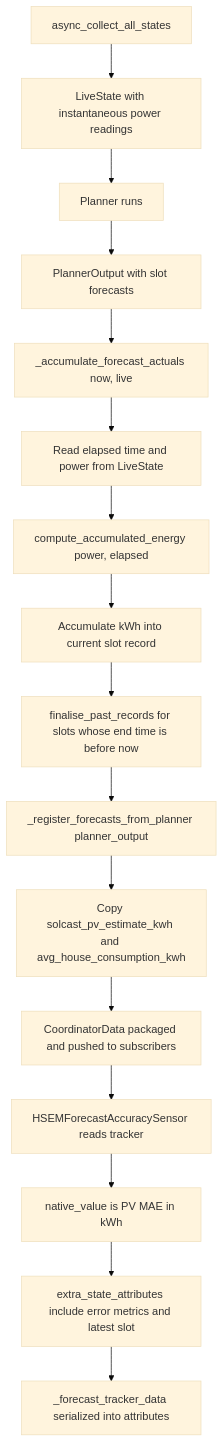
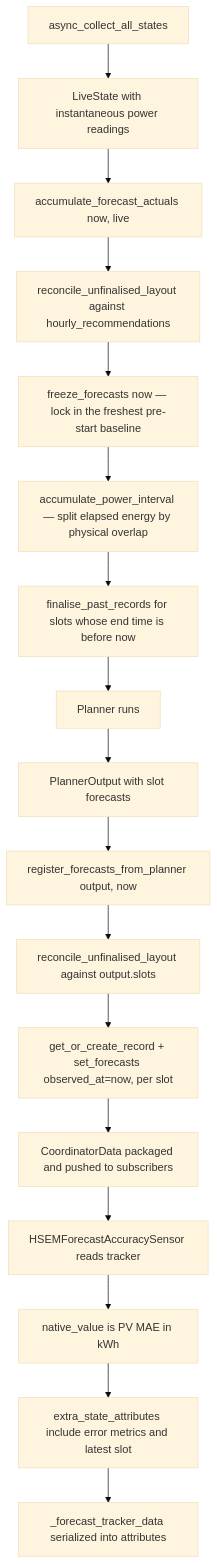
The diagram in docs/forecast-accuracy-tracking.md (woopstar/hsem), drawn with Mermaid (base theme) before and after one commit. The commit also changed other lines of this file and 6 other files, not shown here.

Commit message:
chore(tracking): wire in ForecastTracker's boundary-aware, layout-reconciling, and progressive-freeze methods (#976)

````diff
--- a/docs/forecast-accuracy-tracking.md
+++ b/docs/forecast-accuracy-tracking.md
@@ -55,21 +55,22 @@
 ```mermaid
 flowchart TD
     A[async_collect_all_states]
     B[LiveState with instantaneous power readings]
+    E[accumulate_forecast_actuals now, live]
+    E1[reconcile_unfinalised_layout against hourly_recommendations]
+    E2[freeze_forecasts now — lock in the freshest pre-start baseline]
+    E3[accumulate_power_interval — split elapsed energy by physical overlap]
+    I[finalise_past_records for slots whose end time is before now]
     C[Planner runs]
     D[PlannerOutput with slot forecasts]
-    E[_accumulate_forecast_actuals now, live]
-    F[Read elapsed time and power from LiveState]
-    G[compute_accumulated_energy power, elapsed]
-    H[Accumulate kWh into current slot record]
-    I[finalise_past_records for slots whose end time is before now]
-    J[_register_forecasts_from_planner planner_output]
-    K[Copy solcast_pv_estimate_kwh and avg_house_consumption_kwh]
+    J[register_forecasts_from_planner output, now]
+    J1[reconcile_unfinalised_layout against output.slots]
+    K[get_or_create_record + set_forecasts observed_at=now, per slot]
     L[CoordinatorData packaged and pushed to subscribers]
     M[HSEMForecastAccuracySensor reads tracker]
     N[native_value is PV MAE in kWh]
     O[extra_state_attributes include error metrics and latest slot]
     P[_forecast_tracker_data serialized into attributes]
 
-    A --> B --> C --> D --> E --> F --> G --> H --> I --> J --> K --> L --> M --> N --> O --> P
+    A --> B --> E --> E1 --> E2 --> E3 --> I --> C --> D --> J --> J1 --> K --> L --> M --> N --> O --> P
 ```
````
